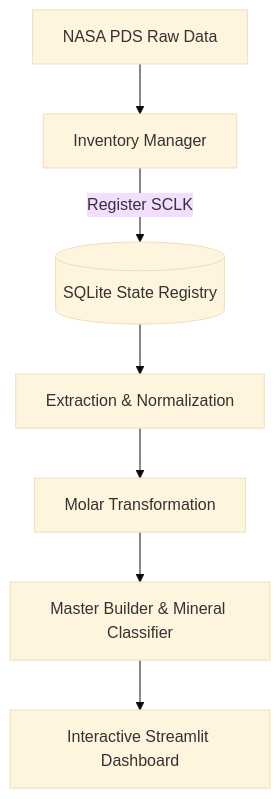
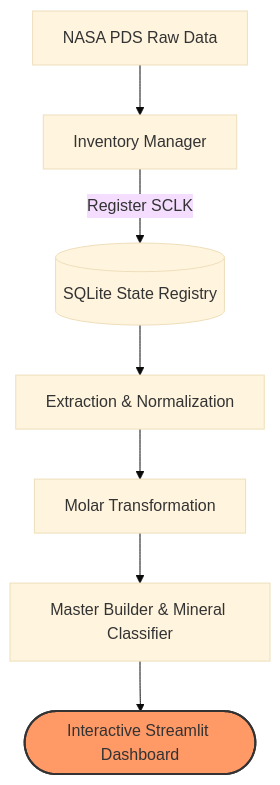
The diagram in README.md (EulerLft/Mars2020-Mineral-Classifier), drawn with Mermaid (base theme) before and after one commit.

Commit message:
Updated README.md for visual clarity

````diff
--- a/README.md
+++ b/README.md
@@ -26,9 +26,11 @@
 ```mermaid
 graph TD
     A[NASA PDS Raw Data] --> B[Inventory Manager]
     B -->|Register SCLK| C[(SQLite State Registry)]
     C --> D[Extraction & Normalization]
     D --> E[Molar Transformation]
     E --> F[Master Builder & Mineral Classifier]
-    F --> G[Interactive Streamlit Dashboard]
+    F --> G([Interactive Streamlit Dashboard])
+
+    style G fill:#f96,stroke:#333,stroke-width:2px
 ```
````
